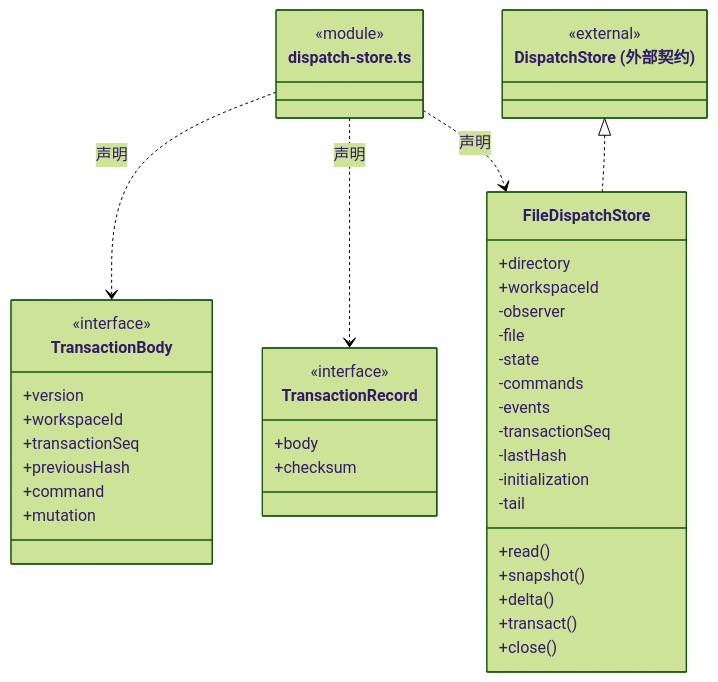
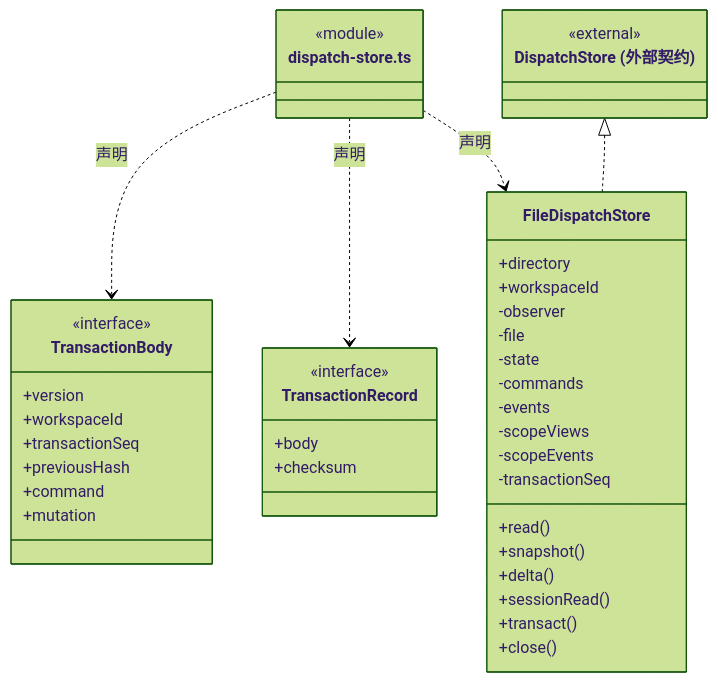
One commit to nan023062/cbim changed the fourth of 8 diagrams in src/backend/main/persistence/tasks/ARCHITECTURE.md. Above: the diagram before and after it, drawn with Mermaid (forest theme). The commit also changed other lines of this file and 47 other files, not shown here.

````diff
--- a/src/backend/main/persistence/tasks/ARCHITECTURE.md
+++ b/src/backend/main/persistence/tasks/ARCHITECTURE.md
@@ -81,45 +81,45 @@
 ```mermaid
 classDiagram
 class N_src_backend_main_persistence_tasks_dispatch_store_ts["dispatch-store.ts"] {
   <<module>>
 }
 class N_src_backend_main_persistence_tasks_dispatch_store_ts_TransactionBody["TransactionBody"] {
   <<interface>>
   +version
   +workspaceId
   +transactionSeq
   +previousHash
   +command
   +mutation
 }
 N_src_backend_main_persistence_tasks_dispatch_store_ts ..> N_src_backend_main_persistence_tasks_dispatch_store_ts_TransactionBody : 声明
 class N_src_backend_main_persistence_tasks_dispatch_store_ts_TransactionRecord["TransactionRecord"] {
   <<interface>>
   +body
   +checksum
 }
 N_src_backend_main_persistence_tasks_dispatch_store_ts ..> N_src_backend_main_persistence_tasks_dispatch_store_ts_TransactionRecord : 声明
 class N_src_backend_main_persistence_tasks_dispatch_store_ts_FileDispatchStore["FileDispatchStore"] {
   +directory
   +workspaceId
   +read()
   +snapshot()
   +delta()
+  +sessionRead()
   +transact()
   +close()
   -observer
   -file
   -state
   -commands
   -events
+  -scopeViews
+  -scopeEvents
   -transactionSeq
-  -lastHash
-  -initialization
-  -tail
 }
 N_src_backend_main_persistence_tasks_dispatch_store_ts ..> N_src_backend_main_persistence_tasks_dispatch_store_ts_FileDispatchStore : 声明
 class N_src_backend_main_persistence_tasks_dispatch_store_ts_external_DispatchStore["DispatchStore (外部契约)"] {
   <<external>>
 }
 N_src_backend_main_persistence_tasks_dispatch_store_ts_external_DispatchStore <|.. N_src_backend_main_persistence_tasks_dispatch_store_ts_FileDispatchStore
 ```
````
